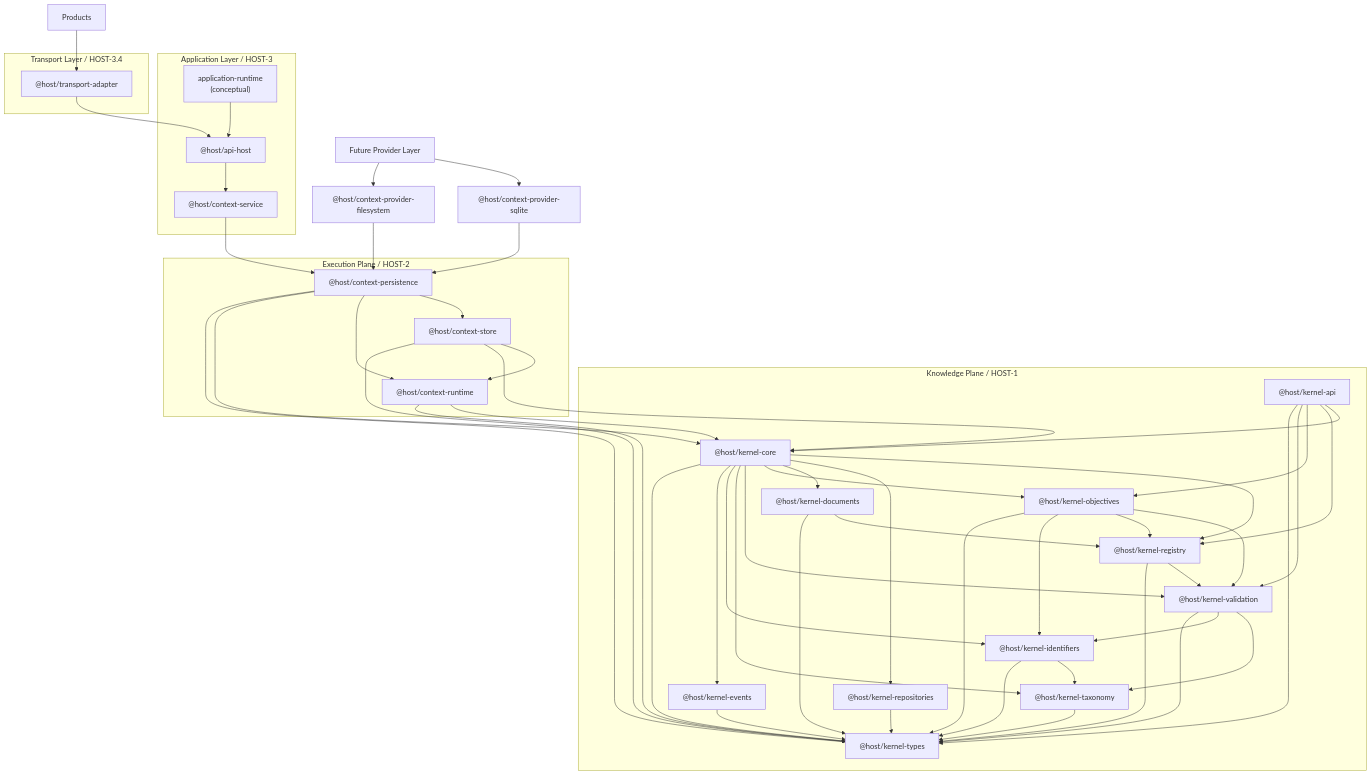
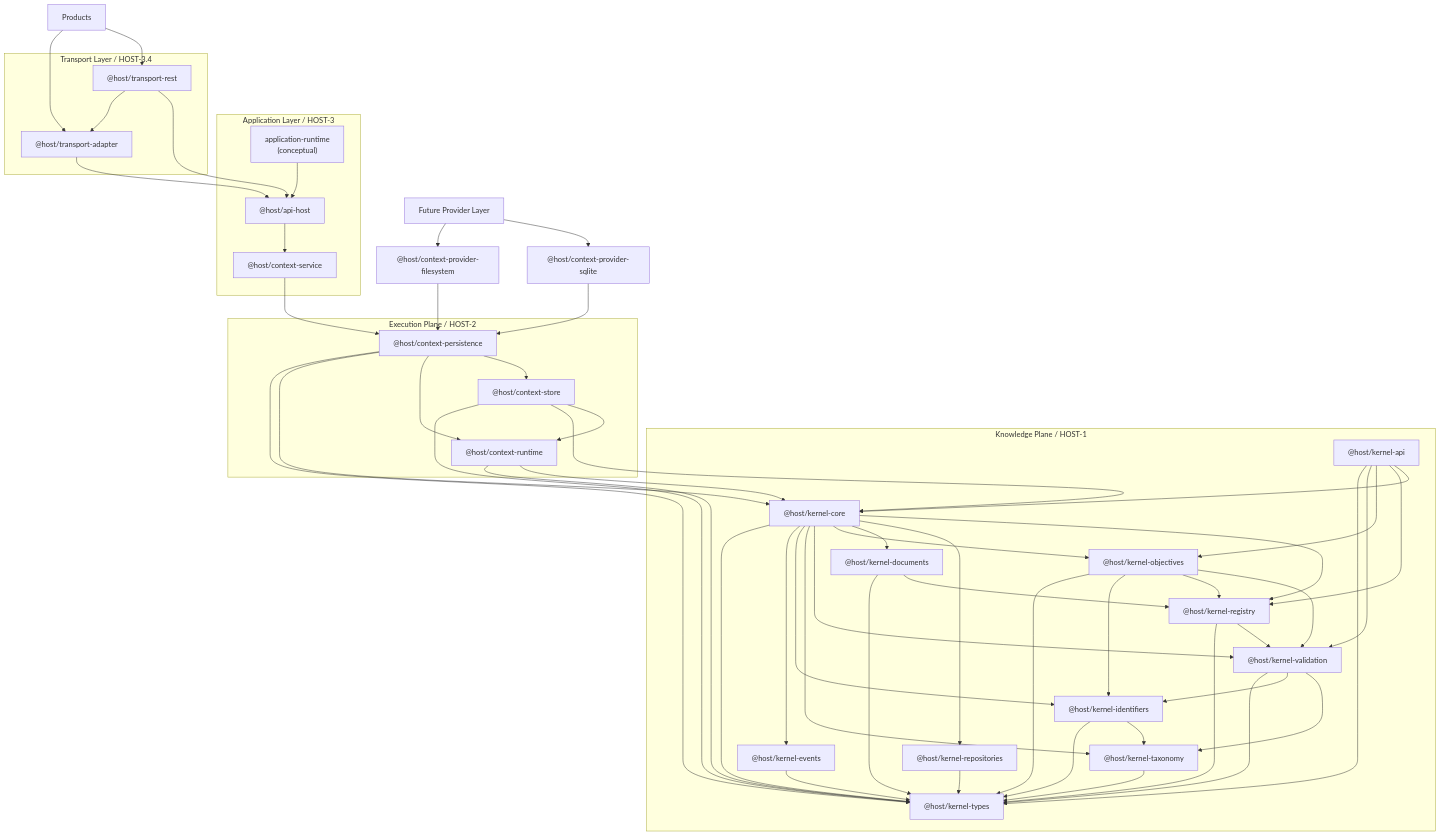
One commit to captjreacher/HOST-kernel changed the diagram in docs/architecture/package-dependency-graph.md. Above: the diagram before and after it, drawn with Mermaid. The commit also changed other lines of this file and 17 other files, not shown here.

Commit message:
HOST-3.6 add framework-neutral REST transport adapter baseline

````diff
--- a/docs/architecture/package-dependency-graph.md
+++ b/docs/architecture/package-dependency-graph.md
@@ -34,6 +34,7 @@
 
   subgraph Transport["Transport Layer / HOST-3.4"]
   Adapter["@host/transport-adapter"]
+  Rest["@host/transport-rest"]
   end
 
   Products["Products"]
@@ -85,5 +86,8 @@
   ApiHost --> ContextService
   AppRuntime --> ApiHost
   Adapter --> ApiHost
+  Rest --> Adapter
+  Rest --> ApiHost
   Products --> Adapter
+  Products --> Rest
 ```
````
